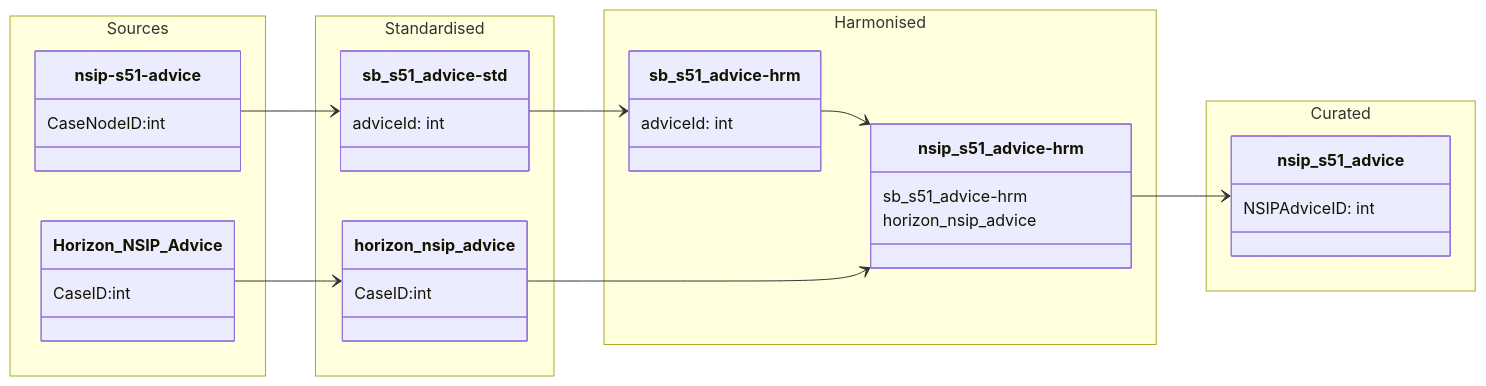
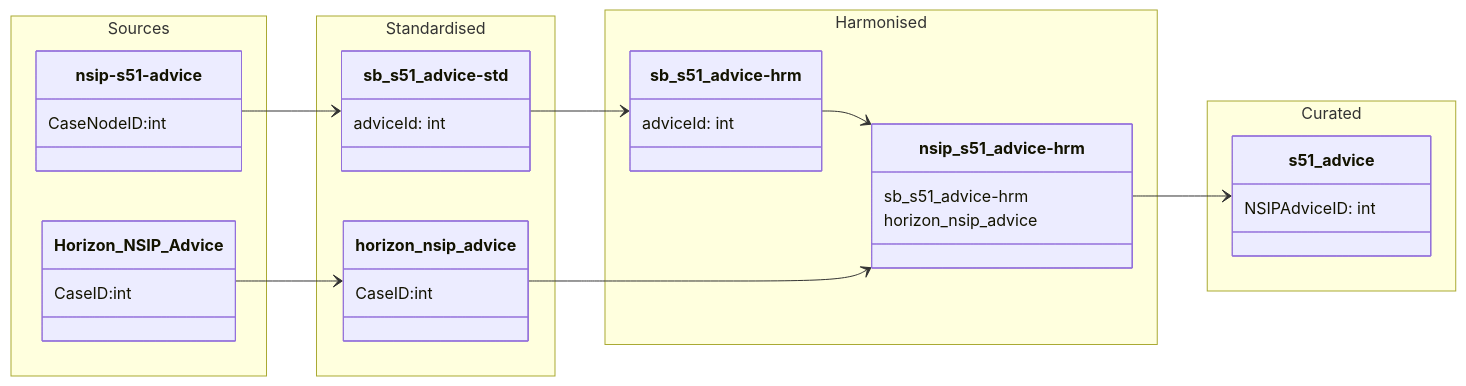
The diagram in data-models/nsip-s51-advice.md (Planning-Inspectorate/odw-synapse-workspace), drawn with Mermaid before and after one commit.

Commit message:
Update nsip-s51-advice.md (#1457)
* Update nsip-s51-advice.md

* Update nsip-s51-advice.md

````diff
--- a/data-models/nsip-s51-advice.md
+++ b/data-models/nsip-s51-advice.md
@@ -7,61 +7,61 @@
 ```mermaid
 
 classDiagram
 
     direction LR
 
     namespace Sources {
 
         class Horizon_NSIP_Advice {
             CaseID:int
         }
 
         class nsip-s51-advice{
             CaseNodeID:int
         }
 
 
     }
     
     namespace Standardised {
 
         class horizon_nsip_advice {
              CaseID:int
         }
 
         class sb_s51_advice-std {
             adviceId: int
         }
 
     }
 
     namespace Harmonised {
 
         class nsip_s51_advice-hrm {
             sb_s51_advice-hrm 
             horizon_nsip_advice
         }
 
         class sb_s51_advice-hrm {
             adviceId: int
         }
     
     }
 
     namespace Curated {
 
-        class nsip_s51_advice {
+        class s51_advice {
             NSIPAdviceID: int
         }
     }
 
 
 `nsip-s51-advice` --> `sb_s51_advice-std`
 `sb_s51_advice-std` --> `sb_s51_advice-hrm`
 `sb_s51_advice-hrm` --> `nsip_s51_advice-hrm`
-`nsip_s51_advice-hrm` --> `nsip_s51_advice`
+`nsip_s51_advice-hrm` --> `s51_advice`
 
 `Horizon_NSIP_Advice` --> `horizon_nsip_advice`
 `horizon_nsip_advice` --> `nsip_s51_advice-hrm`
 
 ```
````
